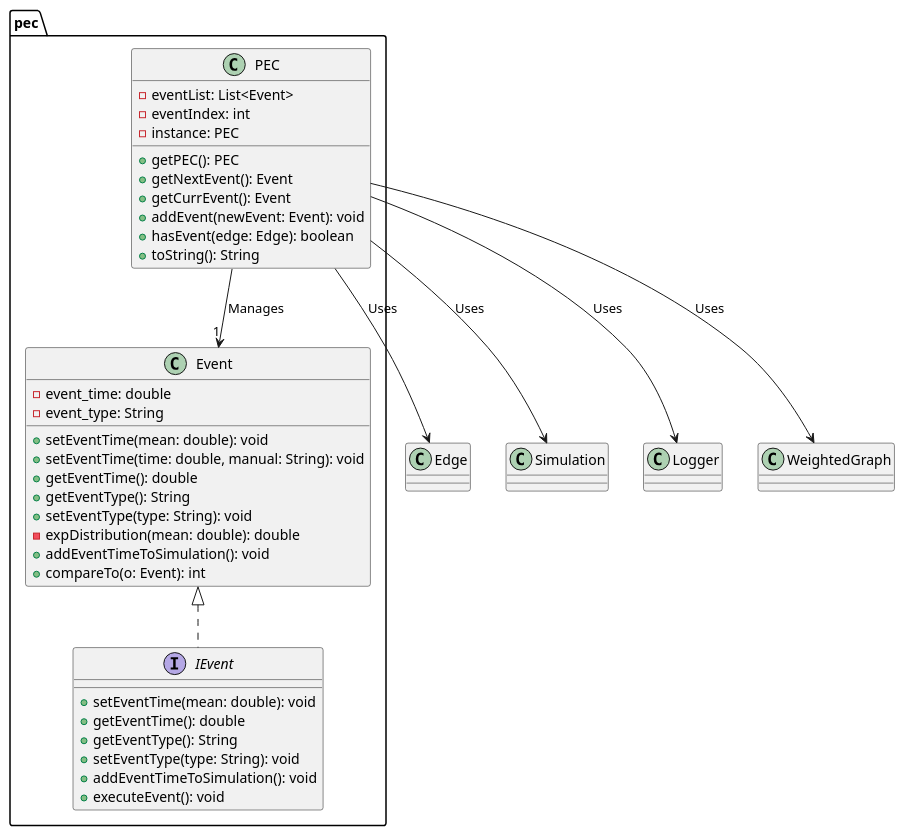
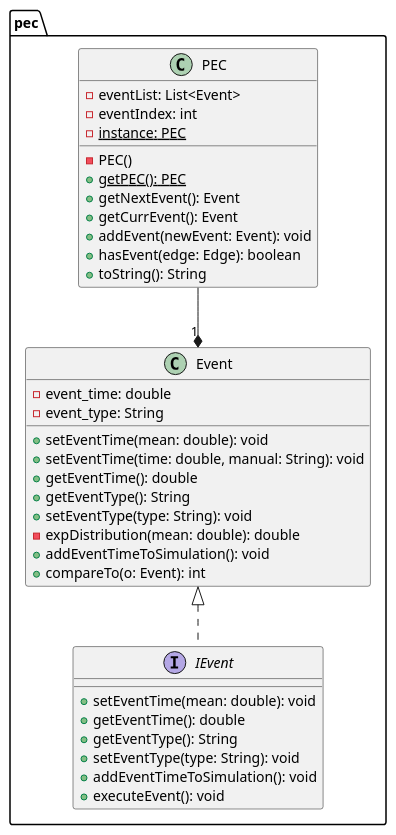
One commit to fredericocascais/oop-project changed the diagram in uml/pec.puml. Above: the diagram before and after it, drawn with PlantUML. The commit also changed 25 other files, not shown here.

```diff
--- a/uml/pec.puml
+++ b/uml/pec.puml
@@ -1,46 +1,43 @@
 @startuml
 
 package pec {
     class Event {
         -event_time: double
         -event_type: String
         +setEventTime(mean: double): void
         +setEventTime(time: double, manual: String): void
         +getEventTime(): double
         +getEventType(): String
         +setEventType(type: String): void
         -expDistribution(mean: double): double
         +addEventTimeToSimulation(): void
         +compareTo(o: Event): int
     }
 
     interface IEvent {
         +setEventTime(mean: double): void
         +getEventTime(): double
         +getEventType(): String
         +setEventType(type: String): void
         +addEventTimeToSimulation(): void
         +executeEvent(): void
     }
 
     class PEC {
         -eventList: List<Event>
         -eventIndex: int
-        -instance: PEC
-        +getPEC(): PEC
-        +getNextEvent(): Event
-        +getCurrEvent(): Event
-        +addEvent(newEvent: Event): void
-        +hasEvent(edge: Edge): boolean
-        +toString(): String
+        {static} -instance: PEC
+        - PEC()
+        {static} + getPEC(): PEC
+        + getNextEvent(): Event
+        + getCurrEvent(): Event
+        + addEvent(newEvent: Event): void
+        + hasEvent(edge: Edge): boolean
+        + toString(): String
     }
 }
 
 Event <|.. IEvent
-PEC --> "1" Event: Manages
-PEC --> Edge: Uses
-PEC --> Simulation: Uses
-PEC --> Logger: Uses
-PEC --> WeightedGraph: Uses
+PEC --* "1" Event
 
 @enduml
```
